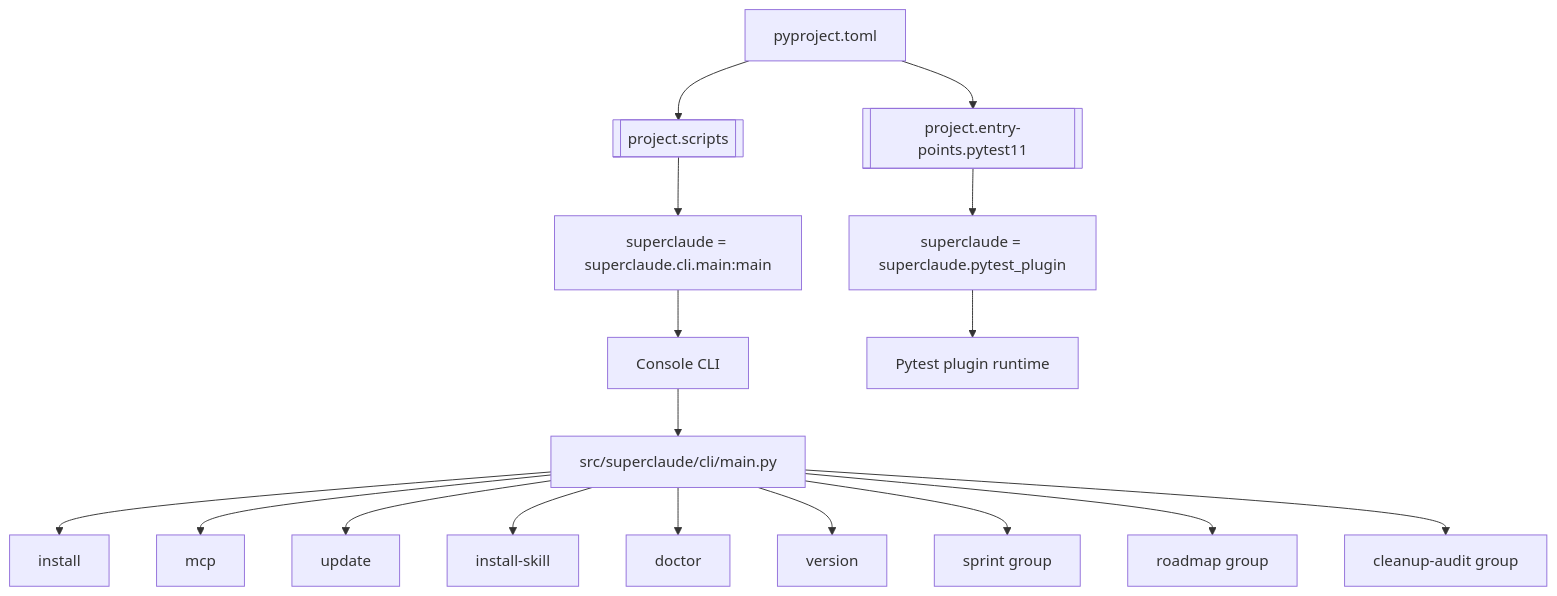
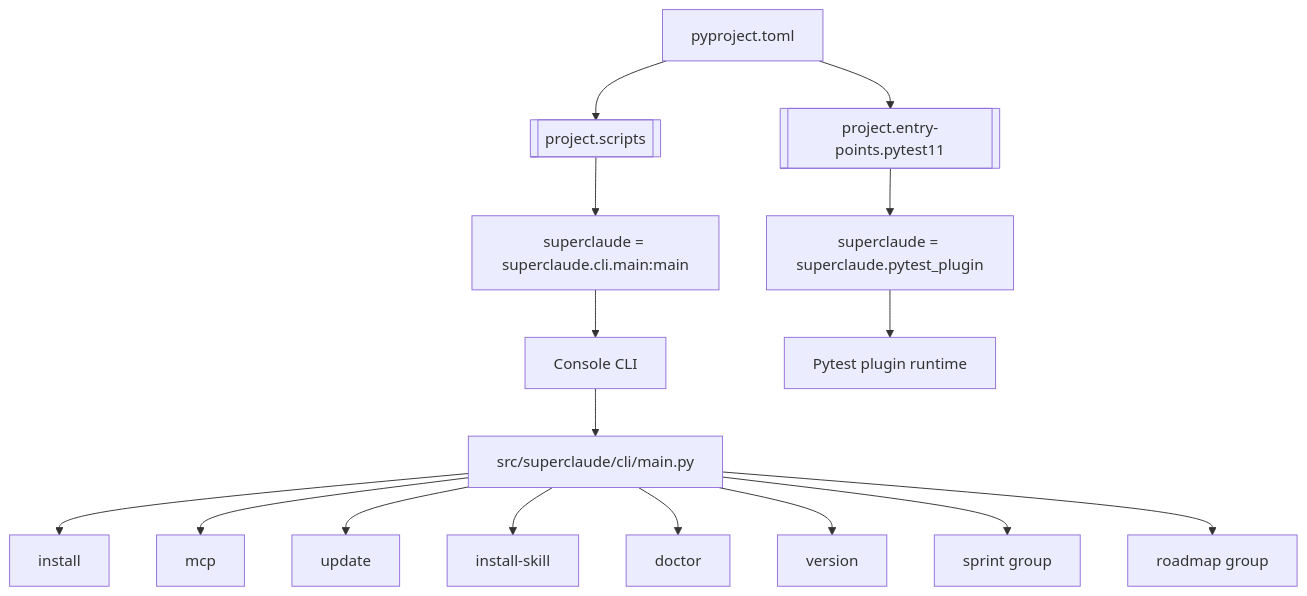
Before and after one commit to IronbellyOrg/IronClaude: the fifth of 8 diagrams in docs/generated/contributor-knowledge-base/architecture-guide.md, drawn with Mermaid. The commit also changed other lines of this file and 71 other files, not shown here.

First line of the commit message:
refactor(cli): remove the cleanup-audit headless runner (6.0.0)

````diff
--- a/docs/generated/contributor-knowledge-base/architecture-guide.md
+++ b/docs/generated/contributor-knowledge-base/architecture-guide.md
@@ -282,22 +281,21 @@
 ```mermaid
 flowchart TD
     A[pyproject.toml] --> B[[project.scripts]]
     A --> C[[project.entry-points.pytest11]]
 
     B --> D[superclaude = superclaude.cli.main:main]
     D --> E[Console CLI]
     E --> F[src/superclaude/cli/main.py]
 
     C --> G[superclaude = superclaude.pytest_plugin]
     G --> H[Pytest plugin runtime]
 
     F --> I[install]
     F --> J[mcp]
     F --> K[update]
     F --> L[install-skill]
     F --> M[doctor]
     F --> N[version]
     F --> O[sprint group]
     F --> P[roadmap group]
-    F --> Q[cleanup-audit group]
 ```
````
